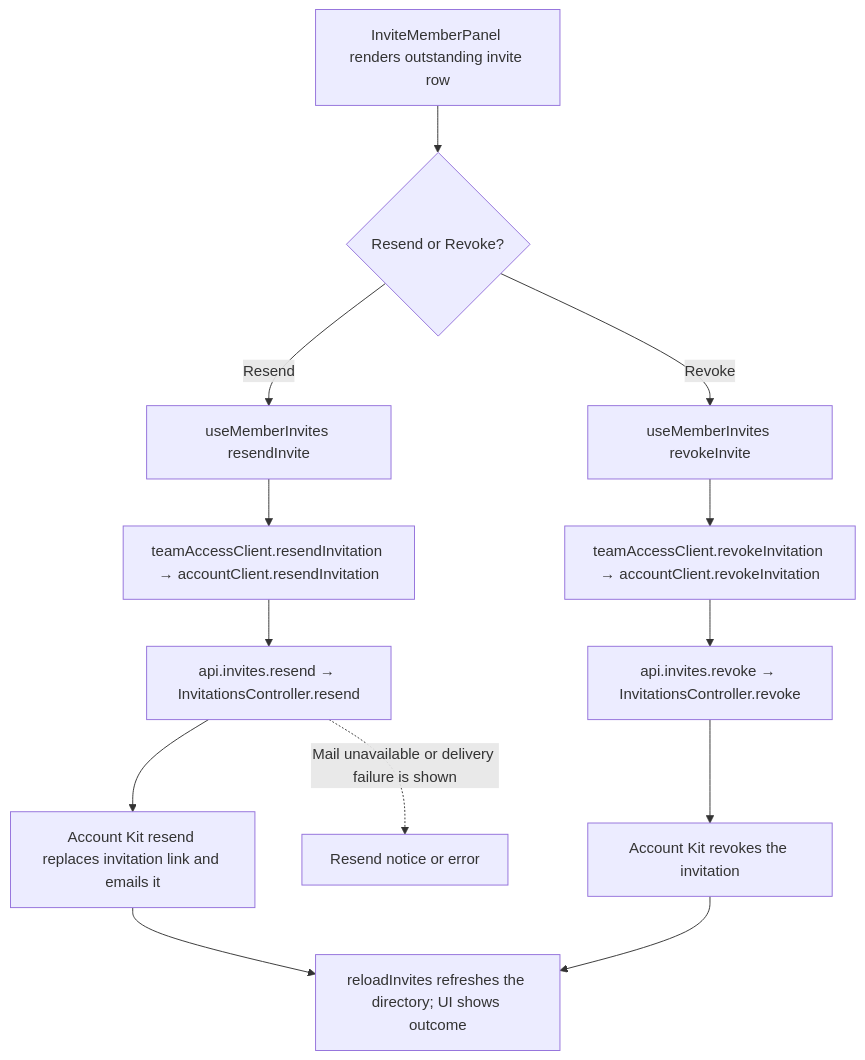
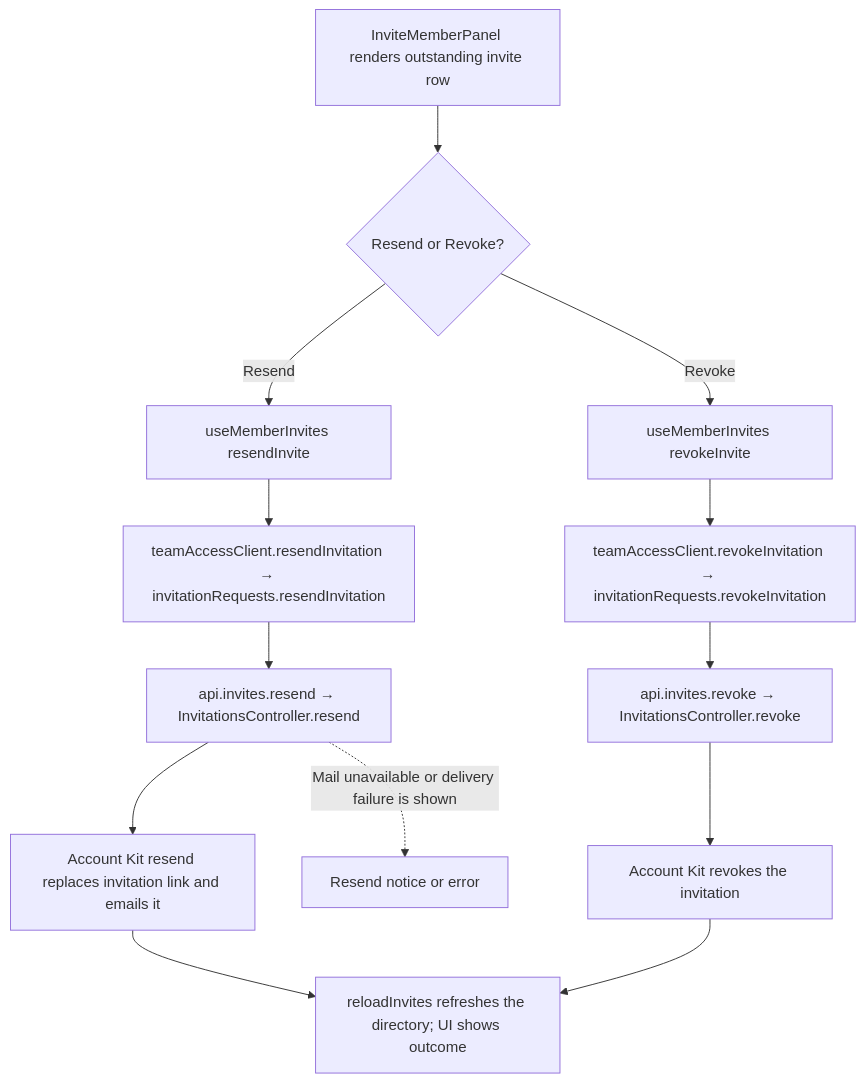
The second of 2 diagrams in user-stories/team/US-TEAM-03-manage-invitation.md (Kevinjohn/capacitylens), drawn with Mermaid before and after one commit. The commit also changed other lines of this file and 10 other files, not shown here.

````diff
--- a/user-stories/team/US-TEAM-03-manage-invitation.md
+++ b/user-stories/team/US-TEAM-03-manage-invitation.md
@@ -32,15 +32,15 @@
 ```mermaid
 flowchart TD
     Row["InviteMemberPanel renders outstanding invite row"] --> Action{"Resend or Revoke?"}
     Action -->|"Resend"| ResendHook["useMemberInvites resendInvite"]
-    ResendHook --> ResendClient["teamAccessClient.resendInvitation → accountClient.resendInvitation"]
+    ResendHook --> ResendClient["teamAccessClient.resendInvitation → invitationRequests.resendInvitation"]
     ResendClient --> ResendRoute["api.invites.resend → InvitationsController.resend"]
     ResendRoute --> KitResend["Account Kit resend replaces invitation link and emails it"]
     KitResend --> Reload["reloadInvites refreshes the directory; UI shows outcome"]
     Action -->|"Revoke"| RevokeHook["useMemberInvites revokeInvite"]
-    RevokeHook --> RevokeClient["teamAccessClient.revokeInvitation → accountClient.revokeInvitation"]
+    RevokeHook --> RevokeClient["teamAccessClient.revokeInvitation → invitationRequests.revokeInvitation"]
     RevokeClient --> RevokeRoute["api.invites.revoke → InvitationsController.revoke"]
     RevokeRoute --> KitRevoke["Account Kit revokes the invitation"]
     KitRevoke --> Reload
     ResendRoute -. "Mail unavailable or delivery failure is shown" .-> Error["Resend notice or error"]
 ```
````
